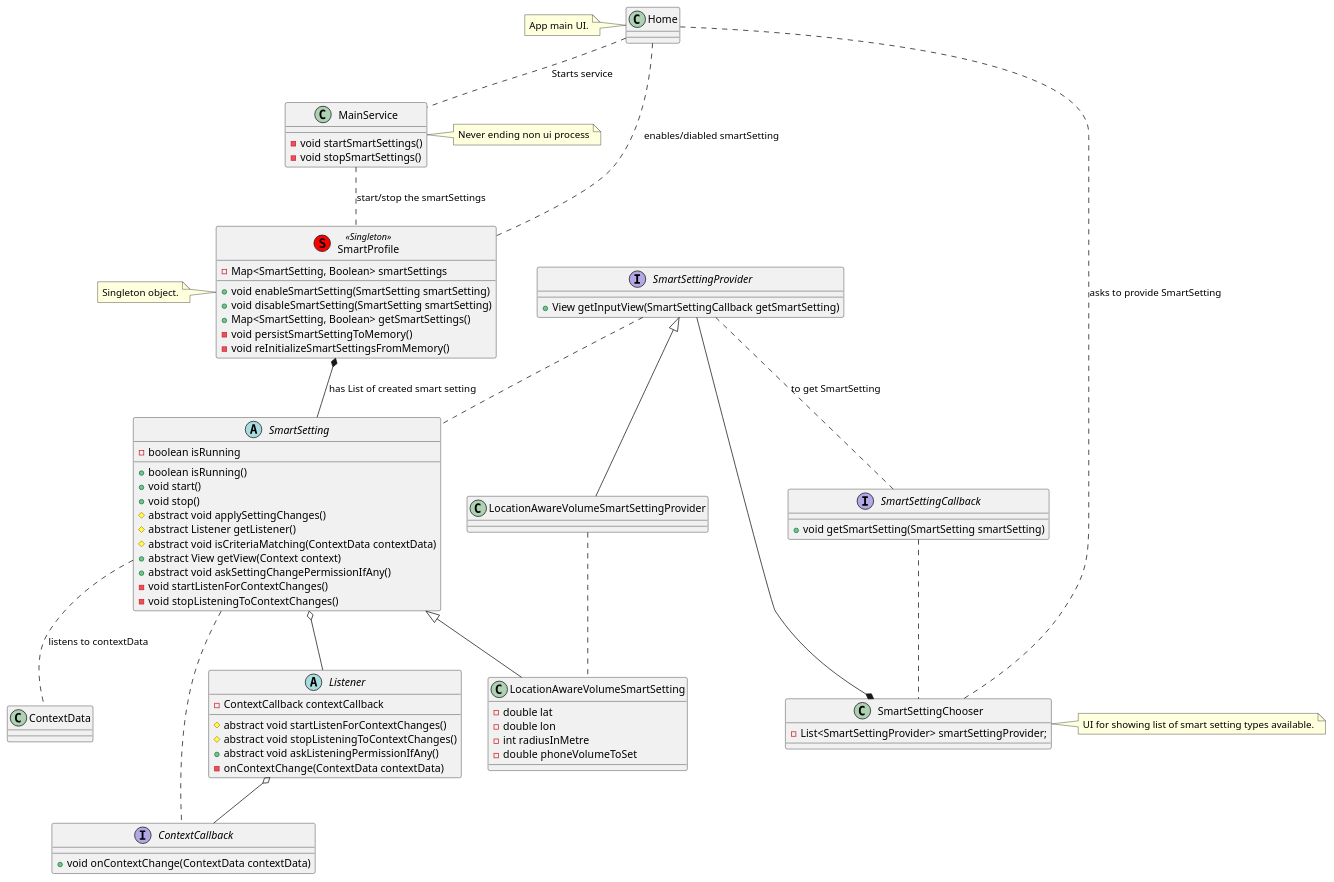
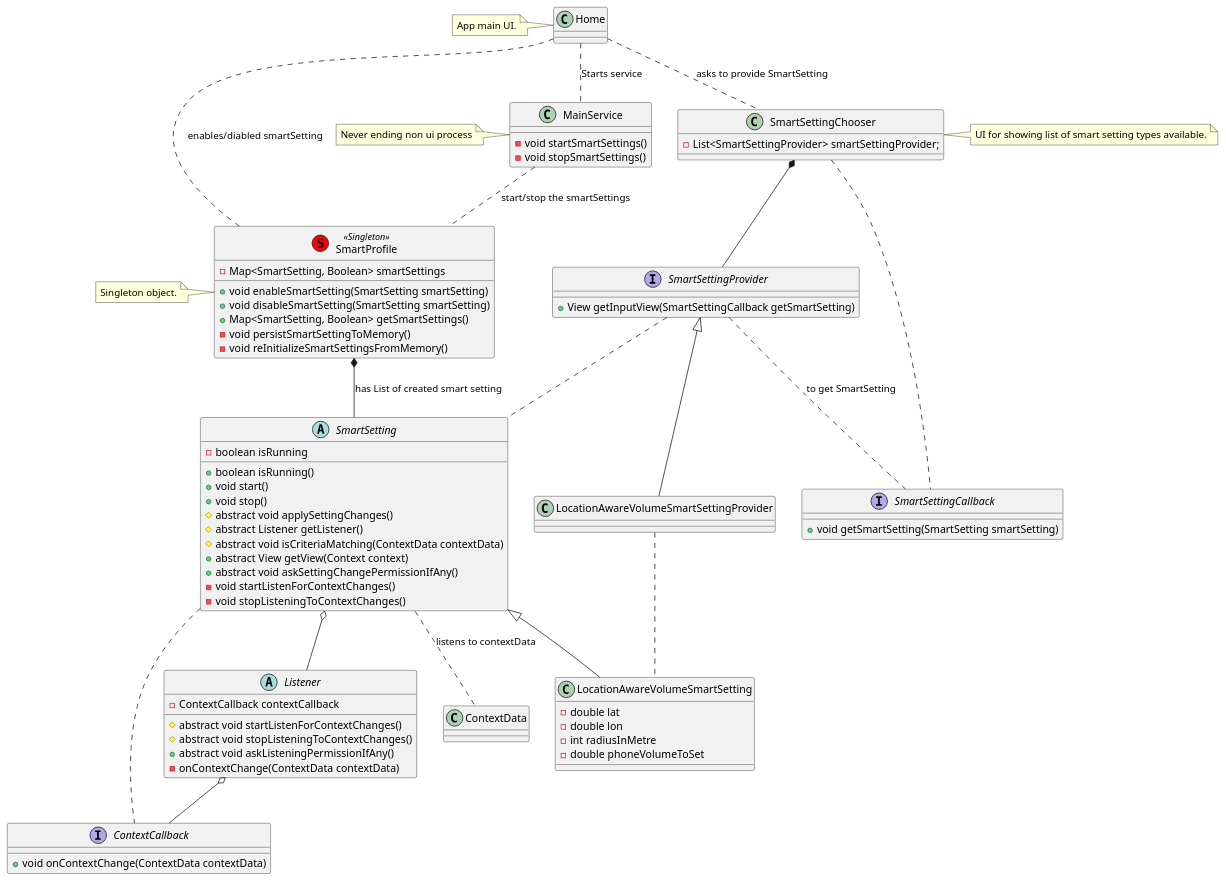
One commit to praslnx8/SmartSettings changed the diagram in MDD/class_diagram.puml. Above: the diagram before and after it, drawn with PlantUML.

Commit message:
Updated class diagram

```diff
--- a/MDD/class_diagram.puml
+++ b/MDD/class_diagram.puml
@@ -1,123 +1,123 @@
 @startuml
 
 class ContextData {
 
 }
 
 abstract class SmartSetting {
     - boolean isRunning
     + boolean isRunning()
     + void start()
     + void stop()
     # abstract void applySettingChanges()
     # abstract Listener getListener()
     # abstract void isCriteriaMatching(ContextData contextData)
     + abstract View getView(Context context)
     + abstract void askSettingChangePermissionIfAny()
     - void startListenForContextChanges()
     - void stopListeningToContextChanges()
 }
 
 interface ContextCallback {
     + void onContextChange(ContextData contextData)
 }
 
 abstract class Listener {
     - ContextCallback contextCallback
     # abstract void startListenForContextChanges()
     # abstract void stopListeningToContextChanges()
     + abstract void askListeningPermissionIfAny()
     - onContextChange(ContextData contextData)
 }
 
 Listener o-- ContextCallback
 
 SmartSetting .. ContextCallback
 
 SmartSetting o-- Listener
 
 SmartSetting .. ContextData : listens to contextData
 
 interface SmartSettingProvider {
     + View getInputView(SmartSettingCallback getSmartSetting)
 }
 
 interface SmartSettingCallback {
     + void getSmartSetting(SmartSetting smartSetting)
 }
 
 
 SmartSettingProvider .. SmartSettingCallback : to get SmartSetting
 
-SmartSettingCallback .. SmartSettingChooser
+SmartSettingChooser .. SmartSettingCallback
 
 SmartSettingProvider .. SmartSetting
 
 class SmartProfile <<(S,red) Singleton>> {
     - Map<SmartSetting, Boolean> smartSettings
     + void enableSmartSetting(SmartSetting smartSetting)
     + void disableSmartSetting(SmartSetting smartSetting)
     + Map<SmartSetting, Boolean> getSmartSettings()
     - void persistSmartSettingToMemory()
     - void reInitializeSmartSettingsFromMemory()
 }
 
 note left of SmartProfile
 Singleton object.
 end note
 
 SmartProfile *-- SmartSetting : has List of created smart setting
 
 class SmartSettingChooser {
     - List<SmartSettingProvider> smartSettingProvider;
 }
 
 note right of SmartSettingChooser
 UI for showing list of smart setting types available.
 end note
 
 SmartSettingChooser *-- SmartSettingProvider
 
 
 class Home {
 
 }
 
 note left of Home {
     App main UI.
 }
 
 Home .. SmartProfile : enables/diabled smartSetting
 Home .. SmartSettingChooser : asks to provide SmartSetting
 
 class MainService {
     - void startSmartSettings()
     - void stopSmartSettings()
 }
 
 note left of MainService
 Never ending non ui process
 end note
 
 MainService .. SmartProfile : start/stop the smartSettings
 
 Home .. MainService : Starts service
 
 
 class LocationAwareVolumeSmartSetting {
     - double lat
     - double lon
     - int radiusInMetre
     - double phoneVolumeToSet
 }
 
 SmartSetting <|-- LocationAwareVolumeSmartSetting
 
 class LocationAwareVolumeSmartSettingProvider {
 }
 
 SmartSettingProvider <|-- LocationAwareVolumeSmartSettingProvider
 
 LocationAwareVolumeSmartSettingProvider .. LocationAwareVolumeSmartSetting
 
 @enduml
```
